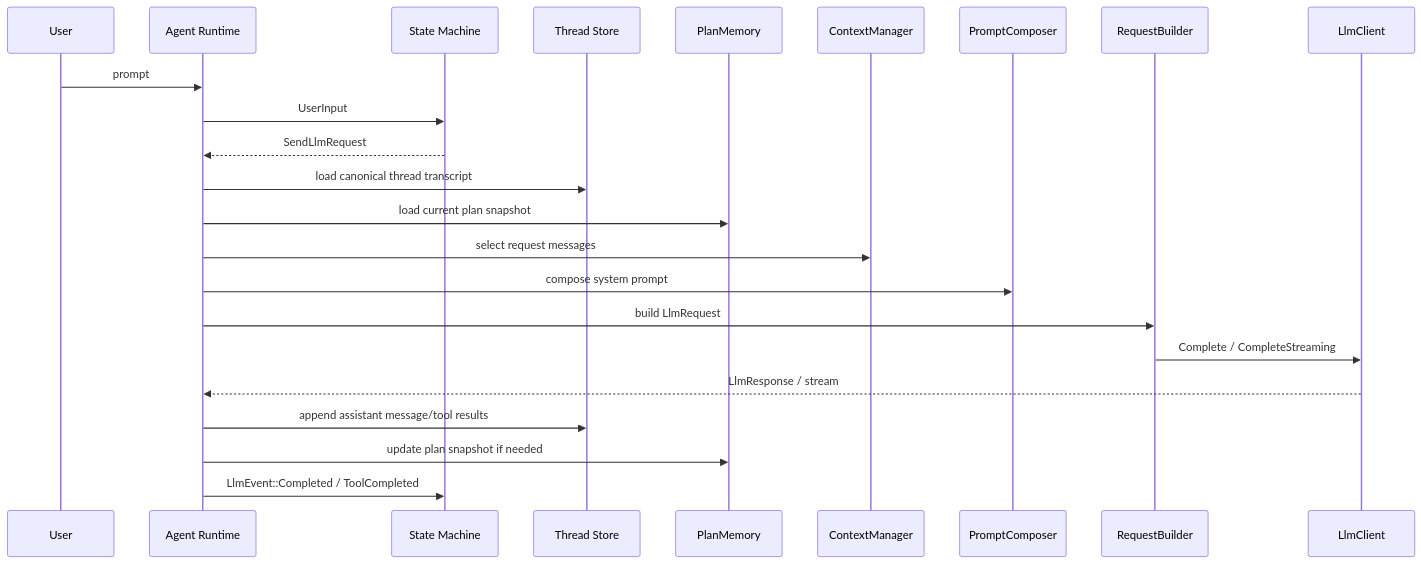
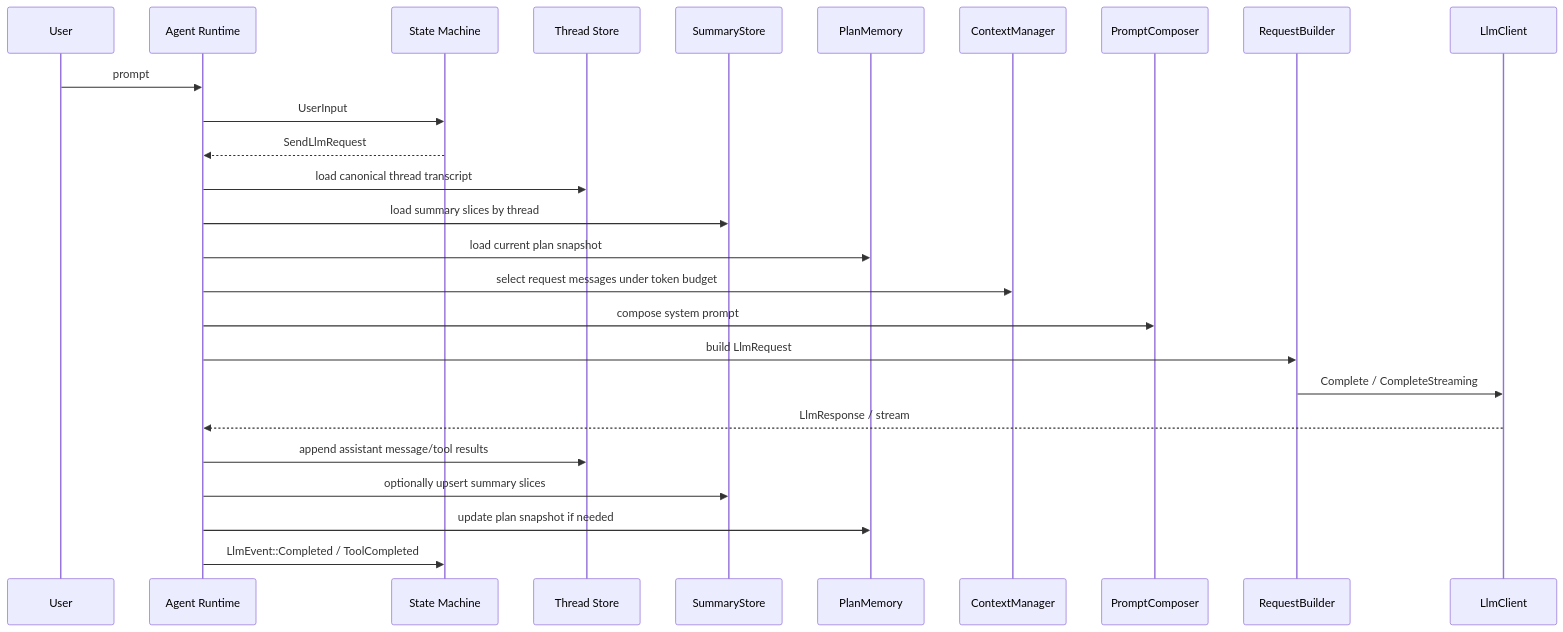
One commit to charles-chenzz/loom changed the second of 3 diagrams in docs/agent-go-reimplementation-plan.md. Above: the diagram before and after it, drawn with Mermaid. The commit also changed other lines of this file, not shown here.

````diff
--- a/docs/agent-go-reimplementation-plan.md
+++ b/docs/agent-go-reimplementation-plan.md
@@ -644,26 +759,29 @@
 ```mermaid
 sequenceDiagram
     participant U as User
     participant A as Agent Runtime
     participant S as State Machine
     participant T as Thread Store
+    participant SS as SummaryStore
     participant P as PlanMemory
     participant C as ContextManager
     participant M as PromptComposer
     participant R as RequestBuilder
     participant L as LlmClient
 
     U->>A: prompt
     A->>S: UserInput
     S-->>A: SendLlmRequest
     A->>T: load canonical thread transcript
+    A->>SS: load summary slices by thread
     A->>P: load current plan snapshot
-    A->>C: select request messages
+    A->>C: select request messages under token budget
     A->>M: compose system prompt
     A->>R: build LlmRequest
     R->>L: Complete / CompleteStreaming
     L-->>A: LlmResponse / stream
     A->>T: append assistant message/tool results
+    A->>SS: optionally upsert summary slices
     A->>P: update plan snapshot if needed
     A->>S: LlmEvent::Completed / ToolCompleted
 ```
````
